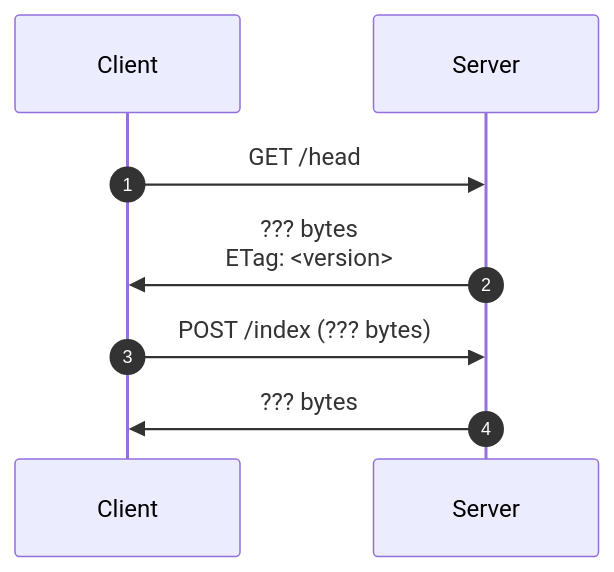
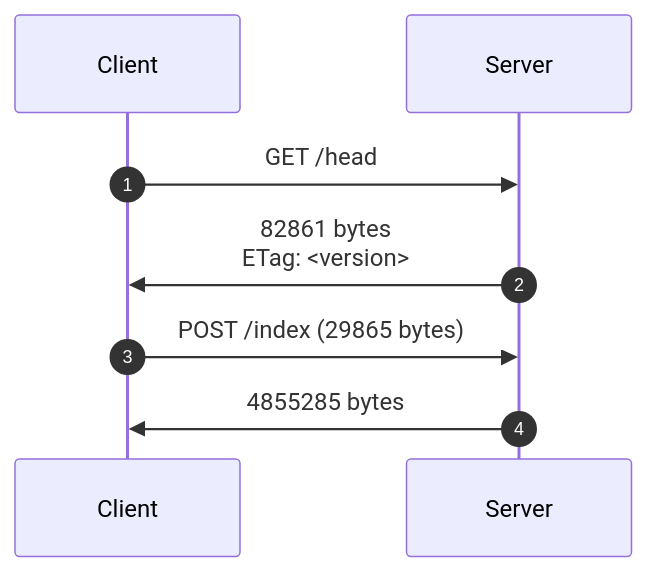
The second of 4 diagrams in PROPOSAL.md (bitmeta69/securedrop), drawn with Mermaid before and after one commit. The commit also changed other lines of this file, not shown here.

````diff
--- a/PROPOSAL.md
+++ b/PROPOSAL.md
@@ -78,13 +80,13 @@
 ```mermaid
 sequenceDiagram
 autonumber
 
 participant Client
 participant Server
 
 Client ->> Server: GET /head
-Server ->> Client: ??? bytes<br>ETag: <version>
+Server ->> Client: 82861 bytes<br>ETag: <version>
 
-Client ->> Server: POST /index (??? bytes)
-Server ->> Client: ??? bytes
+Client ->> Server: POST /index (29865 bytes)
+Server ->> Client: 4855285 bytes
 ```
````
